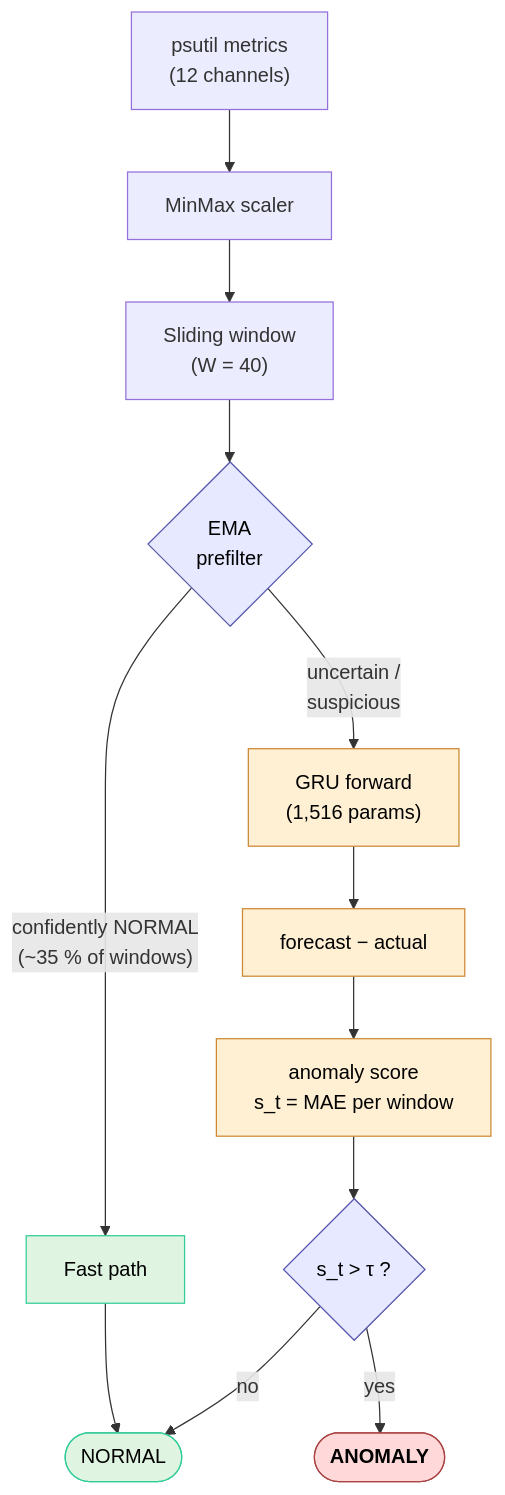
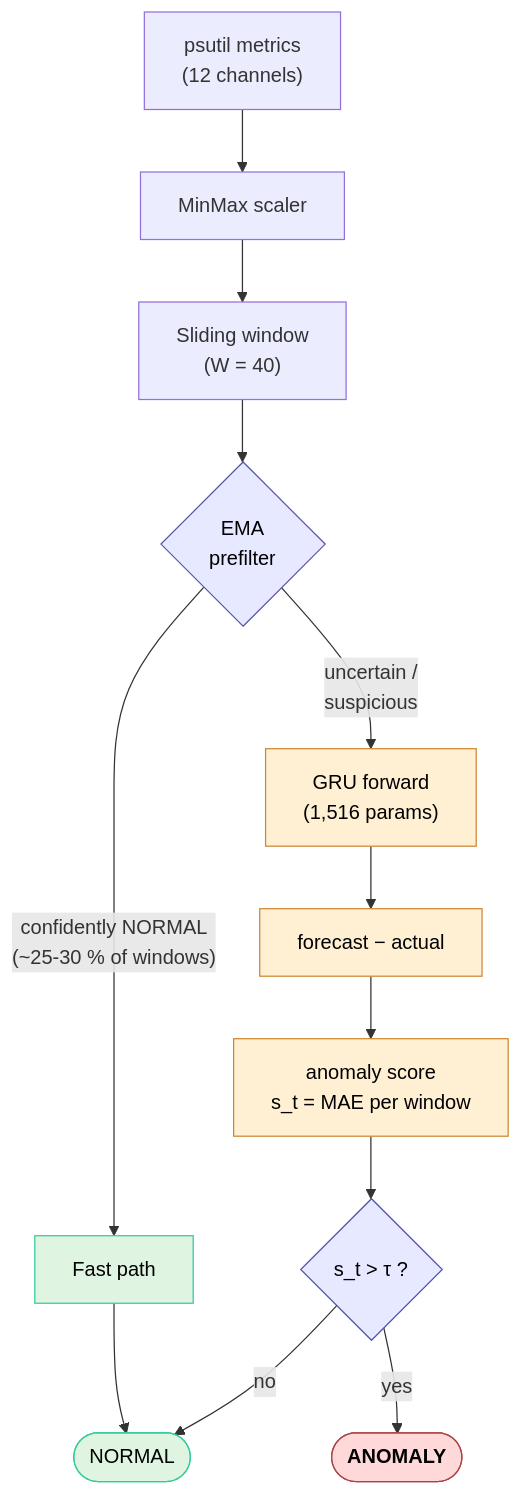
One commit to 1minEpowMinX/iot-edge-ai-anomaly-detector-public changed the diagram in README.md. Above: the diagram before and after it, drawn with Mermaid. The commit also changed 1 other file, not shown here.

Commit message:
docs: update confidence range in flowchart for clarity

````diff
--- a/README.md
+++ b/README.md
@@ -73,27 +73,27 @@
 ```mermaid
 flowchart TB
     M["psutil metrics<br>(12 channels)"] --> S["MinMax scaler"]
     S --> W["Sliding window<br>(W = 40)"]
     W --> P{"EMA<br>prefilter"}
-    P -- confidently NORMAL<br>(~35 % of windows) --> FAST["Fast path"]
+    P -- confidently NORMAL<br>(~25-30 % of windows) --> FAST["Fast path"]
     P -- uncertain /<br>suspicious --> G["GRU forward<br>(1,516 params)"]
     G --> R["forecast − actual"]
     R --> SC["anomaly score<br>s_t = MAE per window"]
     SC --> T{"s_t &gt; τ ?"}
     T -- no --> N(["NORMAL"])
     T -- yes --> A(["ANOMALY"])
     FAST --> N
      P:::decision
      FAST:::fast
      G:::gru
      R:::gru
      SC:::gru
      T:::decision
      A:::anomalyEnd
      N:::normalEnd
     classDef fast fill:#dff5e1,stroke:#3c9,color:#000
     classDef gru fill:#fff0d4,stroke:#c83,color:#000
     classDef decision fill:#e6e9ff,stroke:#55a,color:#000
     classDef anomalyEnd fill:#ffd9d9,stroke:#a44,color:#000,font-weight:bold
     classDef normalEnd fill:#dff5e1,stroke:#3c9,color:#000
 ```
````
